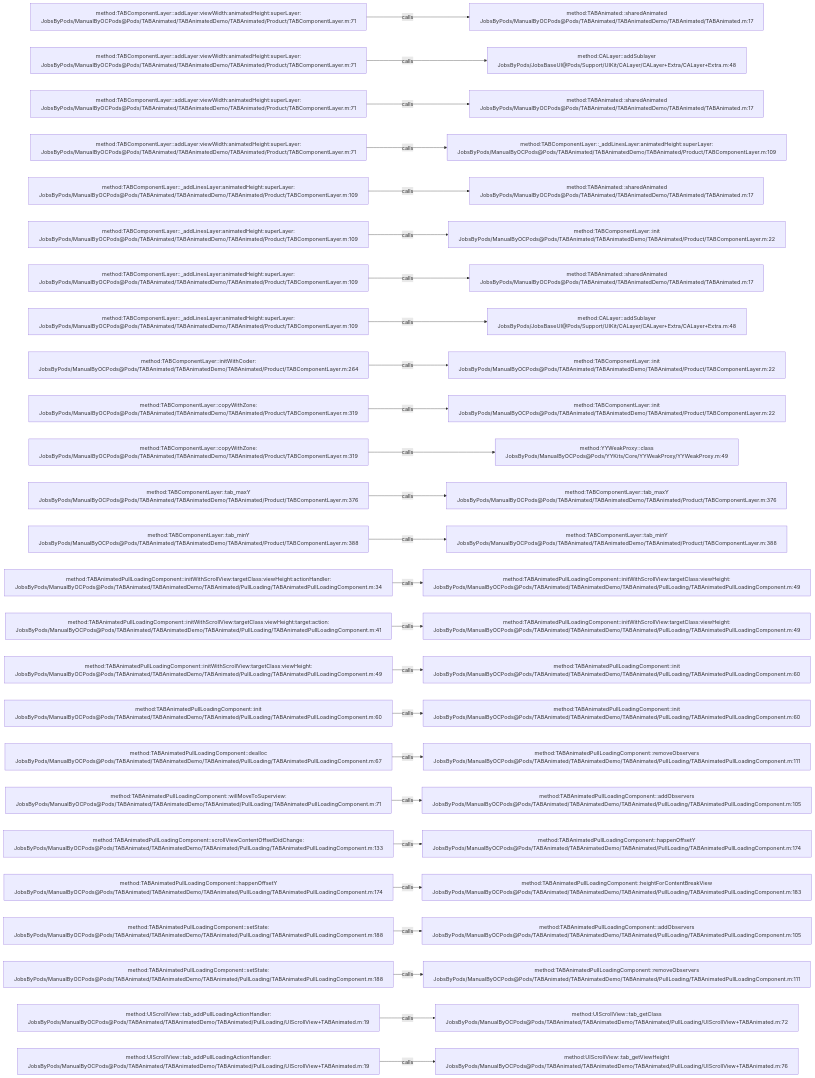
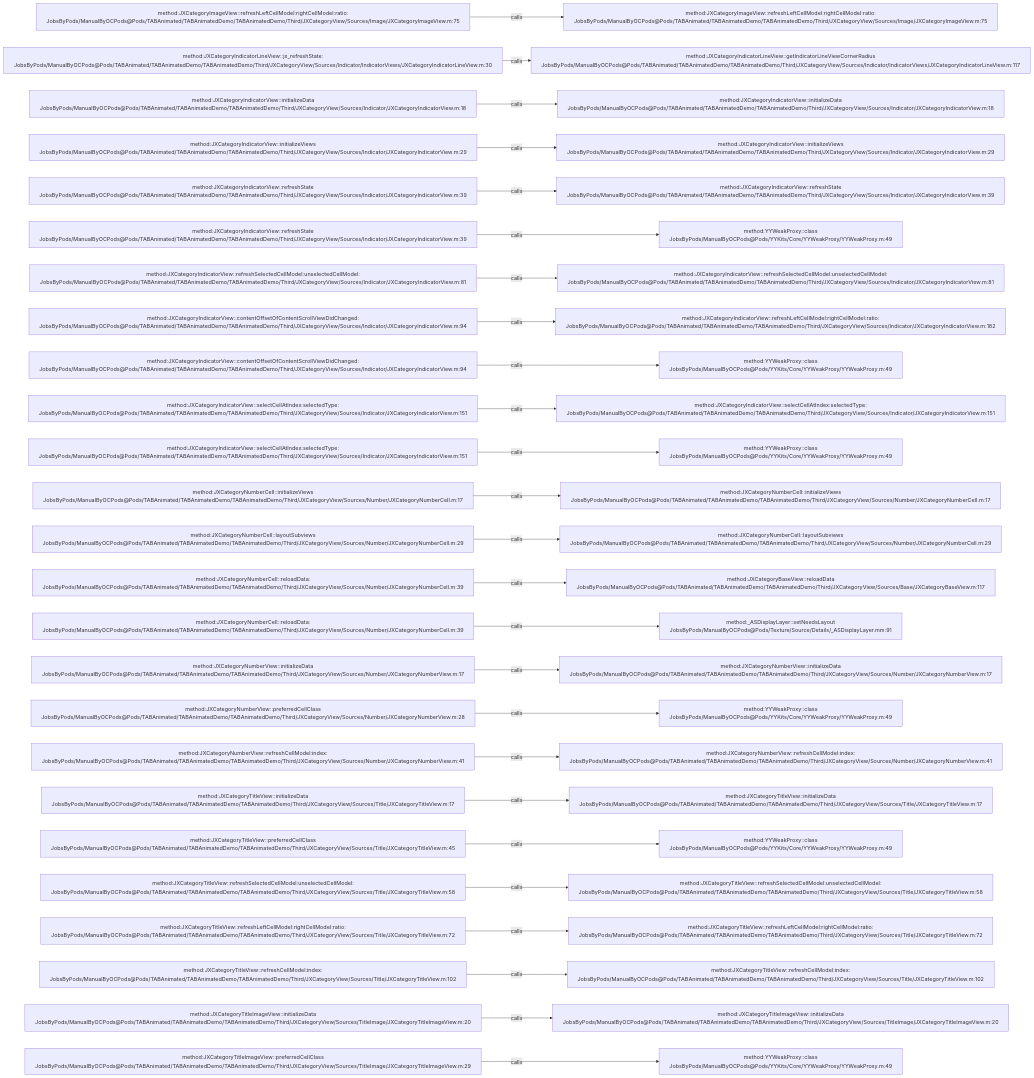
Before and after one commit to JobsKits/JobsOCBaseConfigDemo: the diagram in .codegraph/codegraph.md/graphs/calls-030.md, drawn with Mermaid. The commit also changed 2723 other files, not shown here.

````diff
--- a/.codegraph/codegraph.md/graphs/calls-030.md
+++ b/.codegraph/codegraph.md/graphs/calls-030.md
@@ -13,78 +13,78 @@
 ```mermaid
 flowchart LR
-  S1["method:TABComponentLayer::addLayer:viewWidth:animatedHeight:superLayer:<br/>JobsByPods/ManualByOCPods@Pods/TABAnimated/TABAnimatedDemo/TABAnimated/Product/TABComponentLayer.m:71"]
-  T1["method:TABAnimated::sharedAnimated<br/>JobsByPods/ManualByOCPods@Pods/TABAnimated/TABAnimatedDemo/TABAnimated/TABAnimated.m:17"]
+  S1["method:JXCategoryImageView::refreshLeftCellModel:rightCellModel:ratio:<br/>JobsByPods/ManualByOCPods@Pods/TABAnimated/TABAnimatedDemo/TABAnimatedDemo/Third/JXCategoryView/Sources/Image/JXCategoryImageView.m:75"]
+  T1["method:JXCategoryImageView::refreshLeftCellModel:rightCellModel:ratio:<br/>JobsByPods/ManualByOCPods@Pods/TABAnimated/TABAnimatedDemo/TABAnimatedDemo/Third/JXCategoryView/Sources/Image/JXCategoryImageView.m:75"]
   S1 -->|calls| T1
-  S2["method:TABComponentLayer::addLayer:viewWidth:animatedHeight:superLayer:<br/>JobsByPods/ManualByOCPods@Pods/TABAnimated/TABAnimatedDemo/TABAnimated/Product/TABComponentLayer.m:71"]
-  T2["method:CALayer::addSublayer<br/>JobsByPods/JobsBaseUI@Pods/Support/UIKit/CALayer/CALayer+Extra/CALayer+Extra.m:48"]
+  S2["method:JXCategoryIndicatorLineView::jx_refreshState:<br/>JobsByPods/ManualByOCPods@Pods/TABAnimated/TABAnimatedDemo/TABAnimatedDemo/Third/JXCategoryView/Sources/Indicator/IndicatorViews/JXCategoryIndicatorLineView.m:30"]
+  T2["method:JXCategoryIndicatorLineView::getIndicatorLineViewCornerRadius<br/>JobsByPods/ManualByOCPods@Pods/TABAnimated/TABAnimatedDemo/TABAnimatedDemo/Third/JXCategoryView/Sources/Indicator/IndicatorViews/JXCategoryIndicatorLineView.m:117"]
   S2 -->|calls| T2
-  S3["method:TABComponentLayer::addLayer:viewWidth:animatedHeight:superLayer:<br/>JobsByPods/ManualByOCPods@Pods/TABAnimated/TABAnimatedDemo/TABAnimated/Product/TABComponentLayer.m:71"]
-  T3["method:TABAnimated::sharedAnimated<br/>JobsByPods/ManualByOCPods@Pods/TABAnimated/TABAnimatedDemo/TABAnimated/TABAnimated.m:17"]
+  S3["method:JXCategoryIndicatorView::initializeData<br/>JobsByPods/ManualByOCPods@Pods/TABAnimated/TABAnimatedDemo/TABAnimatedDemo/Third/JXCategoryView/Sources/Indicator/JXCategoryIndicatorView.m:18"]
+  T3["method:JXCategoryIndicatorView::initializeData<br/>JobsByPods/ManualByOCPods@Pods/TABAnimated/TABAnimatedDemo/TABAnimatedDemo/Third/JXCategoryView/Sources/Indicator/JXCategoryIndicatorView.m:18"]
   S3 -->|calls| T3
-  S4["method:TABComponentLayer::addLayer:viewWidth:animatedHeight:superLayer:<br/>JobsByPods/ManualByOCPods@Pods/TABAnimated/TABAnimatedDemo/TABAnimated/Product/TABComponentLayer.m:71"]
-  T4["method:TABComponentLayer::_addLinesLayer:animatedHeight:superLayer:<br/>JobsByPods/ManualByOCPods@Pods/TABAnimated/TABAnimatedDemo/TABAnimated/Product/TABComponentLayer.m:109"]
+  S4["method:JXCategoryIndicatorView::initializeViews<br/>JobsByPods/ManualByOCPods@Pods/TABAnimated/TABAnimatedDemo/TABAnimatedDemo/Third/JXCategoryView/Sources/Indicator/JXCategoryIndicatorView.m:29"]
+  T4["method:JXCategoryIndicatorView::initializeViews<br/>JobsByPods/ManualByOCPods@Pods/TABAnimated/TABAnimatedDemo/TABAnimatedDemo/Third/JXCategoryView/Sources/Indicator/JXCategoryIndicatorView.m:29"]
   S4 -->|calls| T4
-  S5["method:TABComponentLayer::_addLinesLayer:animatedHeight:superLayer:<br/>JobsByPods/ManualByOCPods@Pods/TABAnimated/TABAnimatedDemo/TABAnimated/Product/TABComponentLayer.m:109"]
-  T5["method:TABAnimated::sharedAnimated<br/>JobsByPods/ManualByOCPods@Pods/TABAnimated/TABAnimatedDemo/TABAnimated/TABAnimated.m:17"]
+  S5["method:JXCategoryIndicatorView::refreshState<br/>JobsByPods/ManualByOCPods@Pods/TABAnimated/TABAnimatedDemo/TABAnimatedDemo/Third/JXCategoryView/Sources/Indicator/JXCategoryIndicatorView.m:39"]
+  T5["method:JXCategoryIndicatorView::refreshState<br/>JobsByPods/ManualByOCPods@Pods/TABAnimated/TABAnimatedDemo/TABAnimatedDemo/Third/JXCategoryView/Sources/Indicator/JXCategoryIndicatorView.m:39"]
   S5 -->|calls| T5
-  S6["method:TABComponentLayer::_addLinesLayer:animatedHeight:superLayer:<br/>JobsByPods/ManualByOCPods@Pods/TABAnimated/TABAnimatedDemo/TABAnimated/Product/TABComponentLayer.m:109"]
-  T6["method:TABComponentLayer::init<br/>JobsByPods/ManualByOCPods@Pods/TABAnimated/TABAnimatedDemo/TABAnimated/Product/TABComponentLayer.m:22"]
+  S6["method:JXCategoryIndicatorView::refreshState<br/>JobsByPods/ManualByOCPods@Pods/TABAnimated/TABAnimatedDemo/TABAnimatedDemo/Third/JXCategoryView/Sources/Indicator/JXCategoryIndicatorView.m:39"]
+  T6["method:YYWeakProxy::class<br/>JobsByPods/ManualByOCPods@Pods/YYKits/Core/YYWeakProxy/YYWeakProxy.m:49"]
   S6 -->|calls| T6
-  S7["method:TABComponentLayer::_addLinesLayer:animatedHeight:superLayer:<br/>JobsByPods/ManualByOCPods@Pods/TABAnimated/TABAnimatedDemo/TABAnimated/Product/TABComponentLayer.m:109"]
-  T7["method:TABAnimated::sharedAnimated<br/>JobsByPods/ManualByOCPods@Pods/TABAnimated/TABAnimatedDemo/TABAnimated/TABAnimated.m:17"]
+  S7["method:JXCategoryIndicatorView::refreshSelectedCellModel:unselectedCellModel:<br/>JobsByPods/ManualByOCPods@Pods/TABAnimated/TABAnimatedDemo/TABAnimatedDemo/Third/JXCategoryView/Sources/Indicator/JXCategoryIndicatorView.m:81"]
+  T7["method:JXCategoryIndicatorView::refreshSelectedCellModel:unselectedCellModel:<br/>JobsByPods/ManualByOCPods@Pods/TABAnimated/TABAnimatedDemo/TABAnimatedDemo/Third/JXCategoryView/Sources/Indicator/JXCategoryIndicatorView.m:81"]
   S7 -->|calls| T7
-  S8["method:TABComponentLayer::_addLinesLayer:animatedHeight:superLayer:<br/>JobsByPods/ManualByOCPods@Pods/TABAnimated/TABAnimatedDemo/TABAnimated/Product/TABComponentLayer.m:109"]
-  T8["method:CALayer::addSublayer<br/>JobsByPods/JobsBaseUI@Pods/Support/UIKit/CALayer/CALayer+Extra/CALayer+Extra.m:48"]
+  S8["method:JXCategoryIndicatorView::contentOffsetOfContentScrollViewDidChanged:<br/>JobsByPods/ManualByOCPods@Pods/TABAnimated/TABAnimatedDemo/TABAnimatedDemo/Third/JXCategoryView/Sources/Indicator/JXCategoryIndicatorView.m:94"]
+  T8["method:JXCategoryIndicatorView::refreshLeftCellModel:rightCellModel:ratio:<br/>JobsByPods/ManualByOCPods@Pods/TABAnimated/TABAnimatedDemo/TABAnimatedDemo/Third/JXCategoryView/Sources/Indicator/JXCategoryIndicatorView.m:182"]
   S8 -->|calls| T8
-  S9["method:TABComponentLayer::initWithCoder:<br/>JobsByPods/ManualByOCPods@Pods/TABAnimated/TABAnimatedDemo/TABAnimated/Product/TABComponentLayer.m:264"]
-  T9["method:TABComponentLayer::init<br/>JobsByPods/ManualByOCPods@Pods/TABAnimated/TABAnimatedDemo/TABAnimated/Product/TABComponentLayer.m:22"]
+  S9["method:JXCategoryIndicatorView::contentOffsetOfContentScrollViewDidChanged:<br/>JobsByPods/ManualByOCPods@Pods/TABAnimated/TABAnimatedDemo/TABAnimatedDemo/Third/JXCategoryView/Sources/Indicator/JXCategoryIndicatorView.m:94"]
+  T9["method:YYWeakProxy::class<br/>JobsByPods/ManualByOCPods@Pods/YYKits/Core/YYWeakProxy/YYWeakProxy.m:49"]
   S9 -->|calls| T9
-  S10["method:TABComponentLayer::copyWithZone:<br/>JobsByPods/ManualByOCPods@Pods/TABAnimated/TABAnimatedDemo/TABAnimated/Product/TABComponentLayer.m:319"]
-  T10["method:TABComponentLayer::init<br/>JobsByPods/ManualByOCPods@Pods/TABAnimated/TABAnimatedDemo/TABAnimated/Product/TABComponentLayer.m:22"]
+  S10["method:JXCategoryIndicatorView::selectCellAtIndex:selectedType:<br/>JobsByPods/ManualByOCPods@Pods/TABAnimated/TABAnimatedDemo/TABAnimatedDemo/Third/JXCategoryView/Sources/Indicator/JXCategoryIndicatorView.m:151"]
+  T10["method:JXCategoryIndicatorView::selectCellAtIndex:selectedType:<br/>JobsByPods/ManualByOCPods@Pods/TABAnimated/TABAnimatedDemo/TABAnimatedDemo/Third/JXCategoryView/Sources/Indicator/JXCategoryIndicatorView.m:151"]
   S10 -->|calls| T10
-  S11["method:TABComponentLayer::copyWithZone:<br/>JobsByPods/ManualByOCPods@Pods/TABAnimated/TABAnimatedDemo/TABAnimated/Product/TABComponentLayer.m:319"]
+  S11["method:JXCategoryIndicatorView::selectCellAtIndex:selectedType:<br/>JobsByPods/ManualByOCPods@Pods/TABAnimated/TABAnimatedDemo/TABAnimatedDemo/Third/JXCategoryView/Sources/Indicator/JXCategoryIndicatorView.m:151"]
   T11["method:YYWeakProxy::class<br/>JobsByPods/ManualByOCPods@Pods/YYKits/Core/YYWeakProxy/YYWeakProxy.m:49"]
   S11 -->|calls| T11
-  S12["method:TABComponentLayer::tab_maxY<br/>JobsByPods/ManualByOCPods@Pods/TABAnimated/TABAnimatedDemo/TABAnimated/Product/TABComponentLayer.m:376"]
-  T12["method:TABComponentLayer::tab_maxY<br/>JobsByPods/ManualByOCPods@Pods/TABAnimated/TABAnimatedDemo/TABAnimated/Product/TABComponentLayer.m:376"]
+  S12["method:JXCategoryNumberCell::initializeViews<br/>JobsByPods/ManualByOCPods@Pods/TABAnimated/TABAnimatedDemo/TABAnimatedDemo/Third/JXCategoryView/Sources/Number/JXCategoryNumberCell.m:17"]
+  T12["method:JXCategoryNumberCell::initializeViews<br/>JobsByPods/ManualByOCPods@Pods/TABAnimated/TABAnimatedDemo/TABAnimatedDemo/Third/JXCategoryView/Sources/Number/JXCategoryNumberCell.m:17"]
   S12 -->|calls| T12
-  S13["method:TABComponentLayer::tab_minY<br/>JobsByPods/ManualByOCPods@Pods/TABAnimated/TABAnimatedDemo/TABAnimated/Product/TABComponentLayer.m:388"]
-  T13["method:TABComponentLayer::tab_minY<br/>JobsByPods/ManualByOCPods@Pods/TABAnimated/TABAnimatedDemo/TABAnimated/Product/TABComponentLayer.m:388"]
+  S13["method:JXCategoryNumberCell::layoutSubviews<br/>JobsByPods/ManualByOCPods@Pods/TABAnimated/TABAnimatedDemo/TABAnimatedDemo/Third/JXCategoryView/Sources/Number/JXCategoryNumberCell.m:29"]
+  T13["method:JXCategoryNumberCell::layoutSubviews<br/>JobsByPods/ManualByOCPods@Pods/TABAnimated/TABAnimatedDemo/TABAnimatedDemo/Third/JXCategoryView/Sources/Number/JXCategoryNumberCell.m:29"]
   S13 -->|calls| T13
-  S14["method:TABAnimatedPullLoadingComponent::initWithScrollView:targetClass:viewHeight:actionHandler:<br/>JobsByPods/ManualByOCPods@Pods/TABAnimated/TABAnimatedDemo/TABAnimated/PullLoading/TABAnimatedPullLoadingComponent.m:34"]
-  T14["method:TABAnimatedPullLoadingComponent::initWithScrollView:targetClass:viewHeight:<br/>JobsByPods/ManualByOCPods@Pods/TABAnimated/TABAnimatedDemo/TABAnimated/PullLoading/TABAnimatedPullLoadingComponent.m:49"]
+  S14["method:JXCategoryNumberCell::reloadData:<br/>JobsByPods/ManualByOCPods@Pods/TABAnimated/TABAnimatedDemo/TABAnimatedDemo/Third/JXCategoryView/Sources/Number/JXCategoryNumberCell.m:39"]
+  T14["method:JXCategoryBaseView::reloadData<br/>JobsByPods/ManualByOCPods@Pods/TABAnimated/TABAnimatedDemo/TABAnimatedDemo/Third/JXCategoryView/Sources/Base/JXCategoryBaseView.m:117"]
   S14 -->|calls| T14
-  S15["method:TABAnimatedPullLoadingComponent::initWithScrollView:targetClass:viewHeight:target:action:<br/>JobsByPods/ManualByOCPods@Pods/TABAnimated/TABAnimatedDemo/TABAnimated/PullLoading/TABAnimatedPullLoadingComponent.m:41"]
-  T15["method:TABAnimatedPullLoadingComponent::initWithScrollView:targetClass:viewHeight:<br/>JobsByPods/ManualByOCPods@Pods/TABAnimated/TABAnimatedDemo/TABAnimated/PullLoading/TABAnimatedPullLoadingComponent.m:49"]
+  S15["method:JXCategoryNumberCell::reloadData:<br/>JobsByPods/ManualByOCPods@Pods/TABAnimated/TABAnimatedDemo/TABAnimatedDemo/Third/JXCategoryView/Sources/Number/JXCategoryNumberCell.m:39"]
+  T15["method:_ASDisplayLayer::setNeedsLayout<br/>JobsByPods/ManualByOCPods@Pods/Texture/Source/Details/_ASDisplayLayer.mm:91"]
   S15 -->|calls| T15
-  S16["method:TABAnimatedPullLoadingComponent::initWithScrollView:targetClass:viewHeight:<br/>JobsByPods/ManualByOCPods@Pods/TABAnimated/TABAnimatedDemo/TABAnimated/PullLoading/TABAnimatedPullLoadingComponent.m:49"]
-  T16["method:TABAnimatedPullLoadingComponent::init<br/>JobsByPods/ManualByOCPods@Pods/TABAnimated/TABAnimatedDemo/TABAnimated/PullLoading/TABAnimatedPullLoadingComponent.m:60"]
+  S16["method:JXCategoryNumberView::initializeData<br/>JobsByPods/ManualByOCPods@Pods/TABAnimated/TABAnimatedDemo/TABAnimatedDemo/Third/JXCategoryView/Sources/Number/JXCategoryNumberView.m:17"]
+  T16["method:JXCategoryNumberView::initializeData<br/>JobsByPods/ManualByOCPods@Pods/TABAnimated/TABAnimatedDemo/TABAnimatedDemo/Third/JXCategoryView/Sources/Number/JXCategoryNumberView.m:17"]
   S16 -->|calls| T16
-  S17["method:TABAnimatedPullLoadingComponent::init<br/>JobsByPods/ManualByOCPods@Pods/TABAnimated/TABAnimatedDemo/TABAnimated/PullLoading/TABAnimatedPullLoadingComponent.m:60"]
-  T17["method:TABAnimatedPullLoadingComponent::init<br/>JobsByPods/ManualByOCPods@Pods/TABAnimated/TABAnimatedDemo/TABAnimated/PullLoading/TABAnimatedPullLoadingComponent.m:60"]
+  S17["method:JXCategoryNumberView::preferredCellClass<br/>JobsByPods/ManualByOCPods@Pods/TABAnimated/TABAnimatedDemo/TABAnimatedDemo/Third/JXCategoryView/Sources/Number/JXCategoryNumberView.m:28"]
+  T17["method:YYWeakProxy::class<br/>JobsByPods/ManualByOCPods@Pods/YYKits/Core/YYWeakProxy/YYWeakProxy.m:49"]
   S17 -->|calls| T17
-  S18["method:TABAnimatedPullLoadingComponent::dealloc<br/>JobsByPods/ManualByOCPods@Pods/TABAnimated/TABAnimatedDemo/TABAnimated/PullLoading/TABAnimatedPullLoadingComponent.m:67"]
-  T18["method:TABAnimatedPullLoadingComponent::removeObservers<br/>JobsByPods/ManualByOCPods@Pods/TABAnimated/TABAnimatedDemo/TABAnimated/PullLoading/TABAnimatedPullLoadingComponent.m:111"]
+  S18["method:JXCategoryNumberView::refreshCellModel:index:<br/>JobsByPods/ManualByOCPods@Pods/TABAnimated/TABAnimatedDemo/TABAnimatedDemo/Third/JXCategoryView/Sources/Number/JXCategoryNumberView.m:41"]
+  T18["method:JXCategoryNumberView::refreshCellModel:index:<br/>JobsByPods/ManualByOCPods@Pods/TABAnimated/TABAnimatedDemo/TABAnimatedDemo/Third/JXCategoryView/Sources/Number/JXCategoryNumberView.m:41"]
   S18 -->|calls| T18
-  S19["method:TABAnimatedPullLoadingComponent::willMoveToSuperview:<br/>JobsByPods/ManualByOCPods@Pods/TABAnimated/TABAnimatedDemo/TABAnimated/PullLoading/TABAnimatedPullLoadingComponent.m:71"]
-  T19["method:TABAnimatedPullLoadingComponent::addObservers<br/>JobsByPods/ManualByOCPods@Pods/TABAnimated/TABAnimatedDemo/TABAnimated/PullLoading/TABAnimatedPullLoadingComponent.m:105"]
+  S19["method:JXCategoryTitleView::initializeData<br/>JobsByPods/ManualByOCPods@Pods/TABAnimated/TABAnimatedDemo/TABAnimatedDemo/Third/JXCategoryView/Sources/Title/JXCategoryTitleView.m:17"]
+  T19["method:JXCategoryTitleView::initializeData<br/>JobsByPods/ManualByOCPods@Pods/TABAnimated/TABAnimatedDemo/TABAnimatedDemo/Third/JXCategoryView/Sources/Title/JXCategoryTitleView.m:17"]
   S19 -->|calls| T19
-  S20["method:TABAnimatedPullLoadingComponent::scrollViewContentOffsetDidChange:<br/>JobsByPods/ManualByOCPods@Pods/TABAnimated/TABAnimatedDemo/TABAnimated/PullLoading/TABAnimatedPullLoadingComponent.m:133"]
-  T20["method:TABAnimatedPullLoadingComponent::happenOffsetY<br/>JobsByPods/ManualByOCPods@Pods/TABAnimated/TABAnimatedDemo/TABAnimated/PullLoading/TABAnimatedPullLoadingComponent.m:174"]
+  S20["method:JXCategoryTitleView::preferredCellClass<br/>JobsByPods/ManualByOCPods@Pods/TABAnimated/TABAnimatedDemo/TABAnimatedDemo/Third/JXCategoryView/Sources/Title/JXCategoryTitleView.m:45"]
+  T20["method:YYWeakProxy::class<br/>JobsByPods/ManualByOCPods@Pods/YYKits/Core/YYWeakProxy/YYWeakProxy.m:49"]
   S20 -->|calls| T20
-  S21["method:TABAnimatedPullLoadingComponent::happenOffsetY<br/>JobsByPods/ManualByOCPods@Pods/TABAnimated/TABAnimatedDemo/TABAnimated/PullLoading/TABAnimatedPullLoadingComponent.m:174"]
-  T21["method:TABAnimatedPullLoadingComponent::heightForContentBreakView<br/>JobsByPods/ManualByOCPods@Pods/TABAnimated/TABAnimatedDemo/TABAnimated/PullLoading/TABAnimatedPullLoadingComponent.m:183"]
+  S21["method:JXCategoryTitleView::refreshSelectedCellModel:unselectedCellModel:<br/>JobsByPods/ManualByOCPods@Pods/TABAnimated/TABAnimatedDemo/TABAnimatedDemo/Third/JXCategoryView/Sources/Title/JXCategoryTitleView.m:58"]
+  T21["method:JXCategoryTitleView::refreshSelectedCellModel:unselectedCellModel:<br/>JobsByPods/ManualByOCPods@Pods/TABAnimated/TABAnimatedDemo/TABAnimatedDemo/Third/JXCategoryView/Sources/Title/JXCategoryTitleView.m:58"]
   S21 -->|calls| T21
-  S22["method:TABAnimatedPullLoadingComponent::setState:<br/>JobsByPods/ManualByOCPods@Pods/TABAnimated/TABAnimatedDemo/TABAnimated/PullLoading/TABAnimatedPullLoadingComponent.m:188"]
-  T22["method:TABAnimatedPullLoadingComponent::addObservers<br/>JobsByPods/ManualByOCPods@Pods/TABAnimated/TABAnimatedDemo/TABAnimated/PullLoading/TABAnimatedPullLoadingComponent.m:105"]
+  S22["method:JXCategoryTitleView::refreshLeftCellModel:rightCellModel:ratio:<br/>JobsByPods/ManualByOCPods@Pods/TABAnimated/TABAnimatedDemo/TABAnimatedDemo/Third/JXCategoryView/Sources/Title/JXCategoryTitleView.m:72"]
+  T22["method:JXCategoryTitleView::refreshLeftCellModel:rightCellModel:ratio:<br/>JobsByPods/ManualByOCPods@Pods/TABAnimated/TABAnimatedDemo/TABAnimatedDemo/Third/JXCategoryView/Sources/Title/JXCategoryTitleView.m:72"]
   S22 -->|calls| T22
-  S23["method:TABAnimatedPullLoadingComponent::setState:<br/>JobsByPods/ManualByOCPods@Pods/TABAnimated/TABAnimatedDemo/TABAnimated/PullLoading/TABAnimatedPullLoadingComponent.m:188"]
-  T23["method:TABAnimatedPullLoadingComponent::removeObservers<br/>JobsByPods/ManualByOCPods@Pods/TABAnimated/TABAnimatedDemo/TABAnimated/PullLoading/TABAnimatedPullLoadingComponent.m:111"]
+  S23["method:JXCategoryTitleView::refreshCellModel:index:<br/>JobsByPods/ManualByOCPods@Pods/TABAnimated/TABAnimatedDemo/TABAnimatedDemo/Third/JXCategoryView/Sources/Title/JXCategoryTitleView.m:102"]
+  T23["method:JXCategoryTitleView::refreshCellModel:index:<br/>JobsByPods/ManualByOCPods@Pods/TABAnimated/TABAnimatedDemo/TABAnimatedDemo/Third/JXCategoryView/Sources/Title/JXCategoryTitleView.m:102"]
   S23 -->|calls| T23
-  S24["method:UIScrollView::tab_addPullLoadingActionHandler:<br/>JobsByPods/ManualByOCPods@Pods/TABAnimated/TABAnimatedDemo/TABAnimated/PullLoading/UIScrollView+TABAnimated.m:19"]
-  T24["method:UIScrollView::tab_getClass<br/>JobsByPods/ManualByOCPods@Pods/TABAnimated/TABAnimatedDemo/TABAnimated/PullLoading/UIScrollView+TABAnimated.m:72"]
+  S24["method:JXCategoryTitleImageView::initializeData<br/>JobsByPods/ManualByOCPods@Pods/TABAnimated/TABAnimatedDemo/TABAnimatedDemo/Third/JXCategoryView/Sources/TitleImage/JXCategoryTitleImageView.m:20"]
+  T24["method:JXCategoryTitleImageView::initializeData<br/>JobsByPods/ManualByOCPods@Pods/TABAnimated/TABAnimatedDemo/TABAnimatedDemo/Third/JXCategoryView/Sources/TitleImage/JXCategoryTitleImageView.m:20"]
   S24 -->|calls| T24
-  S25["method:UIScrollView::tab_addPullLoadingActionHandler:<br/>JobsByPods/ManualByOCPods@Pods/TABAnimated/TABAnimatedDemo/TABAnimated/PullLoading/UIScrollView+TABAnimated.m:19"]
-  T25["method:UIScrollView::tab_getViewHeight<br/>JobsByPods/ManualByOCPods@Pods/TABAnimated/TABAnimatedDemo/TABAnimated/PullLoading/UIScrollView+TABAnimated.m:76"]
+  S25["method:JXCategoryTitleImageView::preferredCellClass<br/>JobsByPods/ManualByOCPods@Pods/TABAnimated/TABAnimatedDemo/TABAnimatedDemo/Third/JXCategoryView/Sources/TitleImage/JXCategoryTitleImageView.m:29"]
+  T25["method:YYWeakProxy::class<br/>JobsByPods/ManualByOCPods@Pods/YYKits/Core/YYWeakProxy/YYWeakProxy.m:49"]
   S25 -->|calls| T25
 ```
````
